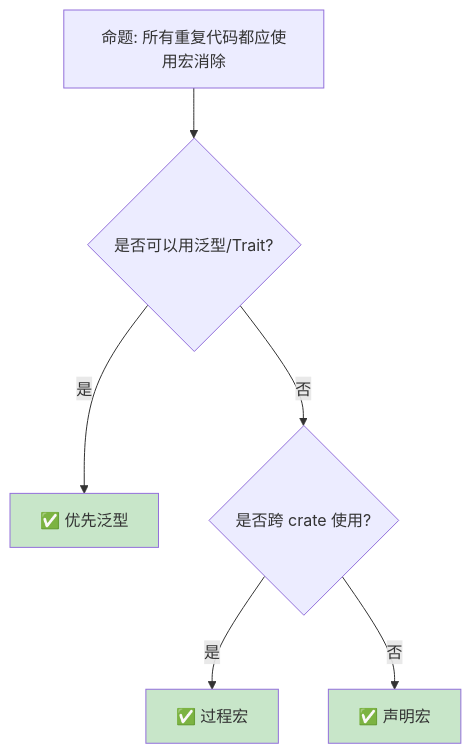
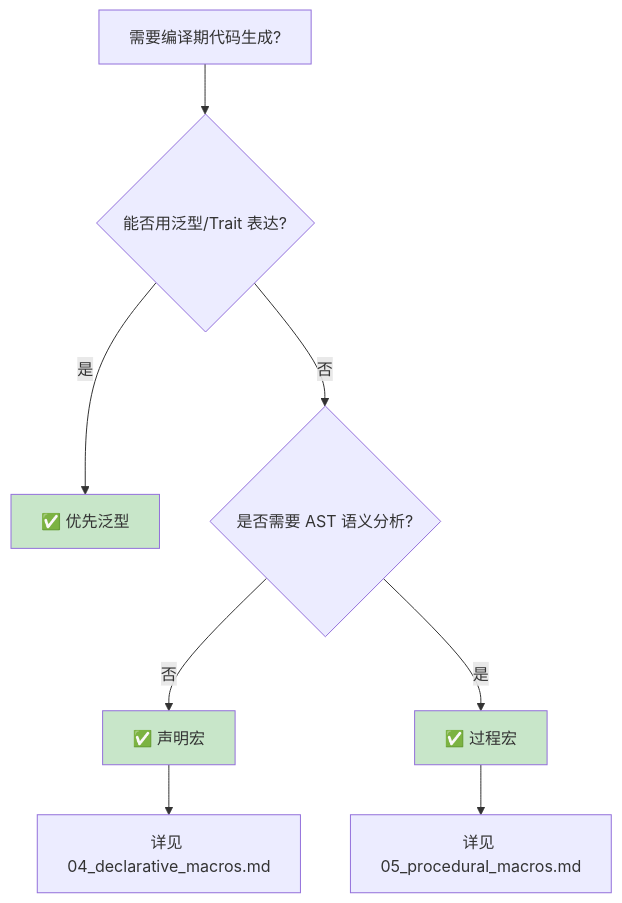
The first of 2 diagrams in concept/02_intermediate/06_macros_and_metaprogramming/03_macro_patterns.md (martin-ly/rust-lang), drawn with Mermaid before and after one commit. The commit also changed other lines of this file and 150 other files, not shown here.

````diff
--- a/concept/02_intermediate/06_macros_and_metaprogramming/03_macro_patterns.md
+++ b/concept/02_intermediate/06_macros_and_metaprogramming/03_macro_patterns.md
@@ -435,13 +30,16 @@
 ```mermaid
 graph TD
-    ROOT["命题: 所有重复代码都应使用宏消除"]
-    ROOT --> Q1{"是否可以用泛型/Trait?"}
+    ROOT["需要编译期代码生成?"]
+    ROOT --> Q1{"能否用泛型/Trait 表达?"}
     Q1 -->|是| GENERIC["✅ 优先泛型"]
-    Q1 -->|否| Q2{"是否跨 crate 使用?"}
+    Q1 -->|否| Q2{"是否需要 AST 语义分析?"}
+    Q2 -->|否| DECL["✅ 声明宏"]
     Q2 -->|是| PROC["✅ 过程宏"]
-    Q2 -->|否| MACRO["✅ 声明宏"]
+
+    DECL --> REF_D[详见 04_declarative_macros.md]
+    PROC --> REF_P[详见 05_procedural_macros.md]
 
     style GENERIC fill:#c8e6c9
+    style DECL fill:#c8e6c9
     style PROC fill:#c8e6c9
-    style MACRO fill:#c8e6c9
 ```
````
